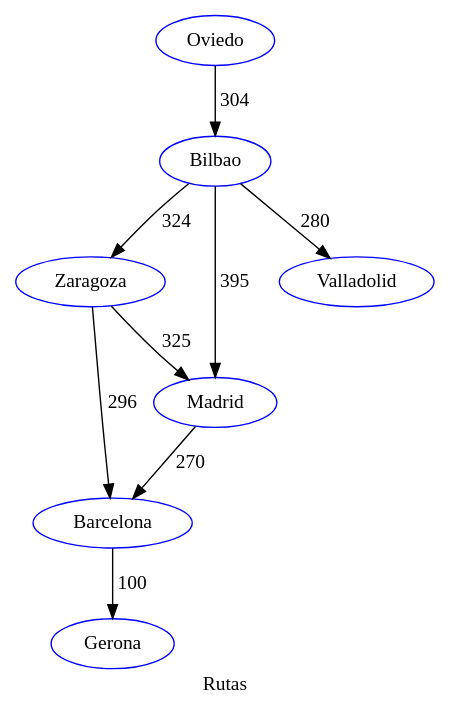
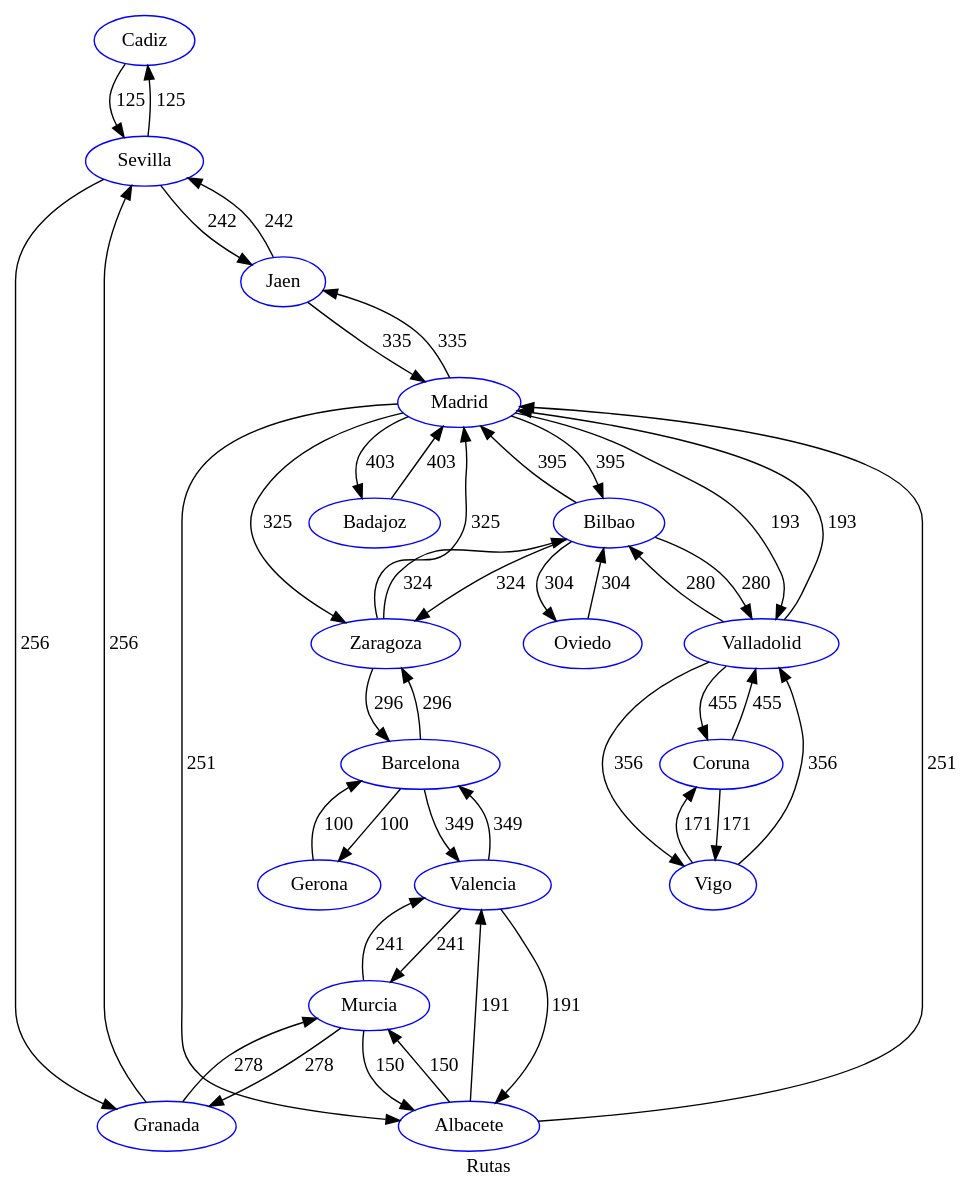
The diagram in rutas.dot (Rauqoz/EDD_Proyecto_2), drawn with Graphviz before and after one commit. The commit also changed 8 other files, not shown here.

```diff
--- a/rutas.dot
+++ b/rutas.dot
@@ -1,2 +1,2 @@
 digraph G { 
-node [style=circle, color = blue];Oviedo -> Bilbao[label="304"];Bilbao -> Zaragoza[label="324"];Bilbao -> Madrid[label="395"];Bilbao -> Valladolid[label="280"];Zaragoza -> Barcelona[label="296"];Zaragoza -> Madrid[label="325"];Barcelona -> Gerona[label="100"];Madrid -> Barcelona[label="270"]; label = "Rutas";} 
+node [style=circle, color = blue];Cadiz -> Sevilla[label="125"];Sevilla -> Cadiz[label="125"];Sevilla -> Granada[label="256"];Sevilla -> Jaen[label="242"];Granada -> Sevilla[label="256"];Granada -> Murcia[label="278"];Jaen -> Sevilla[label="242"];Jaen -> Madrid[label="335"];Murcia -> Granada[label="278"];Murcia -> Valencia[label="241"];Murcia -> Albacete[label="150"];Madrid -> Jaen[label="335"];Madrid -> Albacete[label="251"];Madrid -> Zaragoza[label="325"];Madrid -> Badajoz[label="403"];Madrid -> Valladolid[label="193"];Madrid -> Bilbao[label="395"];Valencia -> Murcia[label="241"];Valencia -> Albacete[label="191"];Valencia -> Barcelona[label="349"];Albacete -> Murcia[label="150"];Albacete -> Valencia[label="191"];Albacete -> Madrid[label="251"];Barcelona -> Valencia[label="349"];Barcelona -> Gerona[label="100"];Barcelona -> Zaragoza[label="296"];Gerona -> Barcelona[label="100"];Zaragoza -> Barcelona[label="296"];Zaragoza -> Madrid[label="325"];Zaragoza -> Bilbao[label="324"];Badajoz -> Madrid[label="403"];Valladolid -> Madrid[label="193"];Valladolid -> Vigo[label="356"];Valladolid -> Coruna[label="455"];Valladolid -> Bilbao[label="280"];Vigo -> Valladolid[label="356"];Vigo -> Coruna[label="171"];Coruna -> Valladolid[label="455"];Coruna -> Vigo[label="171"];Bilbao -> Valladolid[label="280"];Bilbao -> Madrid[label="395"];Bilbao -> Zaragoza[label="324"];Bilbao -> Oviedo[label="304"];Oviedo -> Bilbao[label="304"]; label = "Rutas";} 
```
